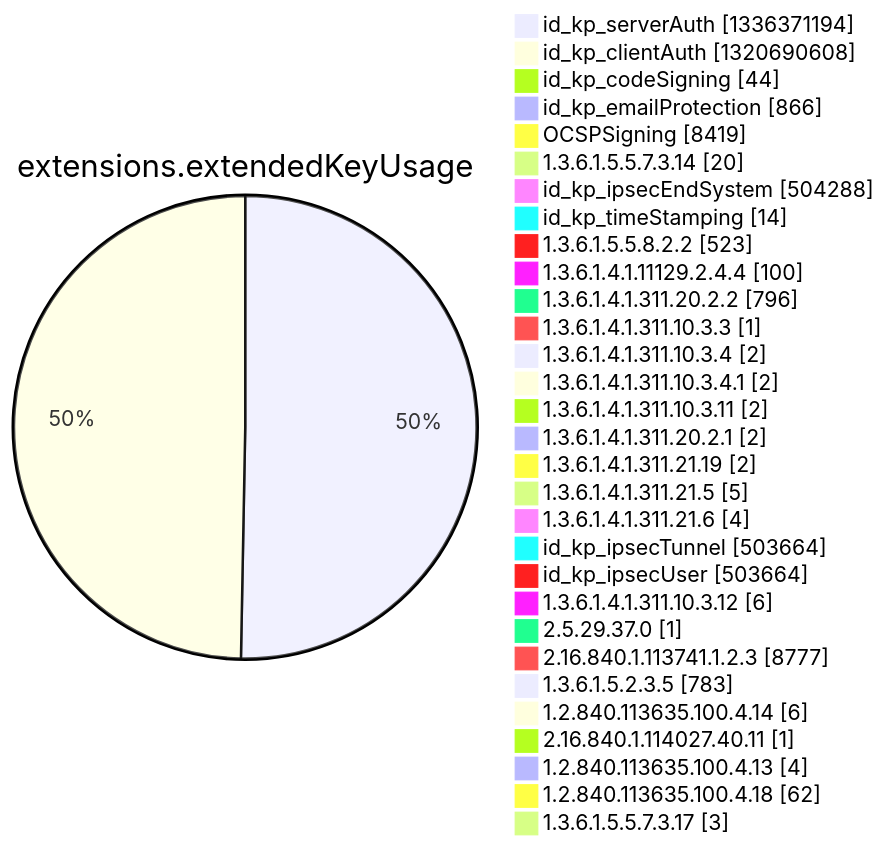
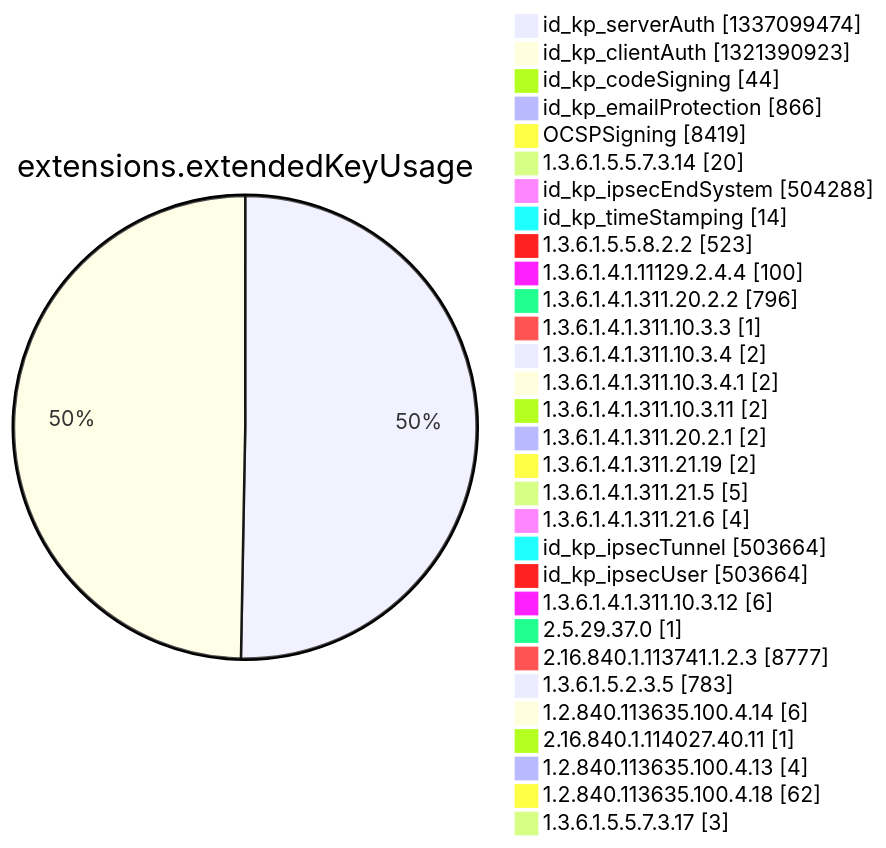
Before and after one commit to christiankrug/ctmonitor_visualization: diagram 12 of 15 in argon2022/README.md, drawn with Mermaid. The commit also changed other lines of this file, not shown here.

````diff
--- a/argon2022/README.md
+++ b/argon2022/README.md
@@ -3553,34 +3553,34 @@
 ```mermaid
 pie showData
 title extensions.extendedKeyUsage
-"id_kp_serverAuth" :1336371194
-"id_kp_clientAuth" :1320690608
+"id_kp_serverAuth" :1337099474
+"id_kp_clientAuth" :1321390923
 "id_kp_codeSigning" :44
 "id_kp_emailProtection" :866
 "OCSPSigning" :8419
 "1.3.6.1.5.5.7.3.14" :20
 "id_kp_ipsecEndSystem" :504288
 "id_kp_timeStamping" :14
 "1.3.6.1.5.5.8.2.2" :523
 "1.3.6.1.4.1.11129.2.4.4" :100
 "1.3.6.1.4.1.311.20.2.2" :796
 "1.3.6.1.4.1.311.10.3.3" :1
 "1.3.6.1.4.1.311.10.3.4" :2
 "1.3.6.1.4.1.311.10.3.4.1" :2
 "1.3.6.1.4.1.311.10.3.11" :2
 "1.3.6.1.4.1.311.20.2.1" :2
 "1.3.6.1.4.1.311.21.19" :2
 "1.3.6.1.4.1.311.21.5" :5
 "1.3.6.1.4.1.311.21.6" :4
 "id_kp_ipsecTunnel" :503664
 "id_kp_ipsecUser" :503664
 "1.3.6.1.4.1.311.10.3.12" :6
 "2.5.29.37.0" :1
 "2.16.840.1.113741.1.2.3" :8777
 "1.3.6.1.5.2.3.5" :783
 "1.2.840.113635.100.4.14" :6
 "2.16.840.1.114027.40.11" :1
 "1.2.840.113635.100.4.13" :4
 "1.2.840.113635.100.4.18" :62
 "1.3.6.1.5.5.7.3.17" :3
 ```
````
